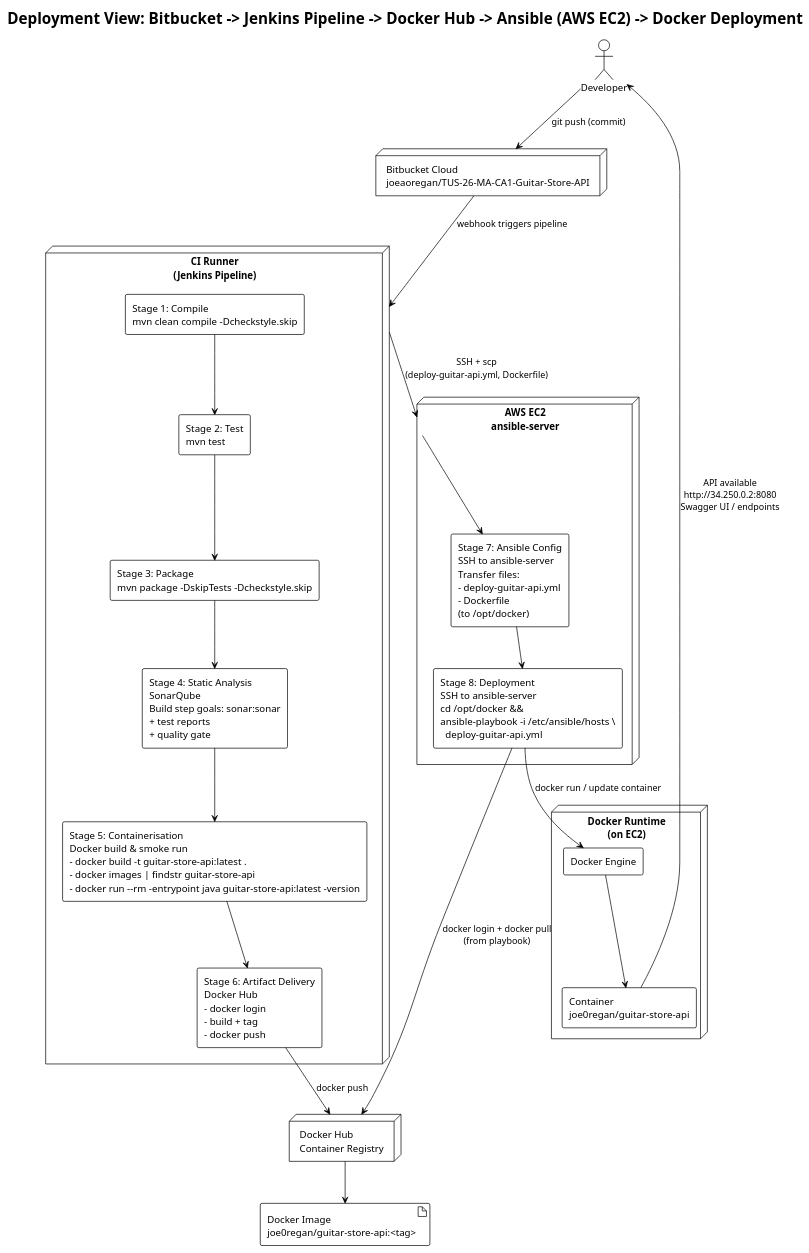
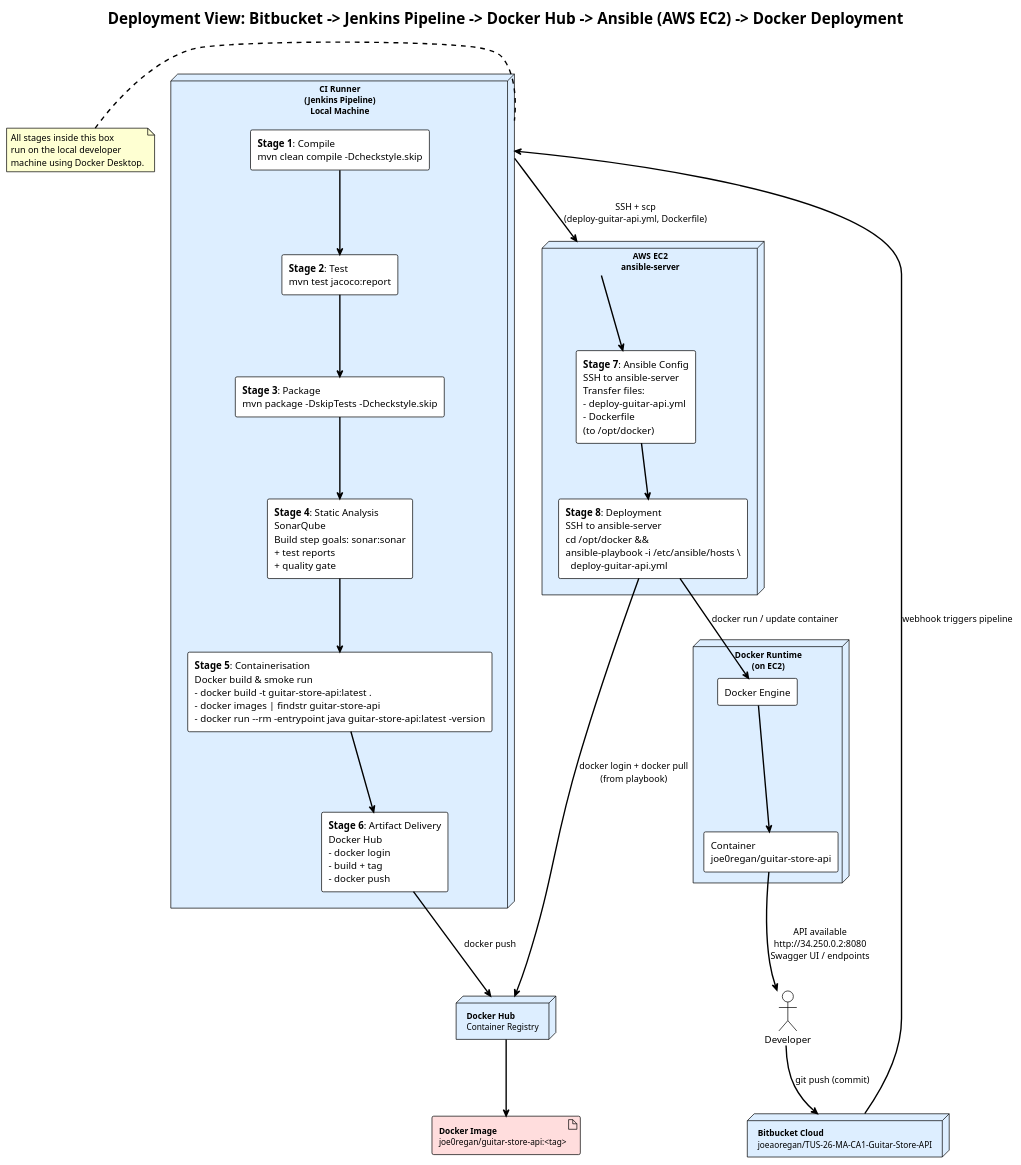
One commit to joeaoregan/TUS-26-MA-CA1-Guitar-Store-API changed the diagram in docs/pipeline.puml. Above: the diagram before and after it, drawn with PlantUML. The commit also changed 1 other file, not shown here.

Commit message:
Diagram: update plantUML pipeline diagram

```diff
--- a/docs/pipeline.puml
+++ b/docs/pipeline.puml
@@ -1,55 +1,74 @@
 @startuml name "Guitar Store API - CI/CD Pipeline"
 !theme plain
 skinparam componentStyle rectangle
+
+skinparam ArrowThickness 2
+skinparam RectangleBorderThickness 2
+skinparam nodesep 60
+skinparam ranksep 80
+skinparam NoteBackgroundColor #FEFFD2
+skinparam node {
+  BackgroundColor #DDEEFF
+  BorderColor #000000
+  FontSize 12
+}
+skinparam artifact {
+  BackgroundColor #FFDDDD
+  BorderColor #000000
+  FontSize 12
+}
+
 title Deployment View: Bitbucket -> Jenkins Pipeline -> Docker Hub -> Ansible (AWS EC2) -> Docker Deployment
 
 actor Developer as dev
-node "Bitbucket Cloud\njoeaoregan/TUS-26-MA-CA1-Guitar-Store-API" as bitbucket
+node "**Bitbucket Cloud**\njoeaoregan/TUS-26-MA-CA1-Guitar-Store-API" as bitbucket
 
-node "CI Runner\n(Jenkins Pipeline)" as jenkins {
-  component "Stage 1: Compile\nmvn clean compile -Dcheckstyle.skip" as s1_compile
-  component "Stage 2: Test\nmvn test" as s2_test
-  component "Stage 3: Package\nmvn package -DskipTests -Dcheckstyle.skip" as s3_package
-  component "Stage 4: Static Analysis\nSonarQube\nBuild step goals: sonar:sonar\n+ test reports\n+ quality gate" as s4_sonar
-  component "Stage 5: Containerisation\nDocker build & smoke run\n- docker build -t guitar-store-api:latest .\n- docker images | findstr guitar-store-api\n- docker run --rm -entrypoint java guitar-store-api:latest -version" as s5_container
-  component "Stage 6: Artifact Delivery\nDocker Hub\n- docker login\n- build + tag\n- docker push" as s6_delivery
+node "CI Runner\n(Jenkins Pipeline)\nLocal Machine" as jenkins {
+  component "**Stage 1**: Compile\nmvn clean compile -Dcheckstyle.skip" as s1_compile
+  component "**Stage 2**: Test\nmvn test jacoco:report" as s2_test
+  component "**Stage 3**: Package\nmvn package -DskipTests -Dcheckstyle.skip" as s3_package
+  component "**Stage 4**: Static Analysis\nSonarQube\nBuild step goals: sonar:sonar\n+ test reports\n+ quality gate" as s4_sonar
+  component "**Stage 5**: Containerisation\nDocker build & smoke run\n- docker build -t guitar-store-api:latest .\n- docker images | findstr guitar-store-api\n- docker run --rm -entrypoint java guitar-store-api:latest -version" as s5_container
+  component "**Stage 6**: Artifact Delivery\nDocker Hub\n- docker login\n- build + tag\n- docker push" as s6_delivery
 }
 
-node "Docker Hub\nContainer Registry" as dockerhub
-artifact "Docker Image\njoe0regan/guitar-store-api:<tag>" as image
+note left of jenkins : All stages inside this box\nrun on the local developer\nmachine using Docker Desktop.
+
+node "**Docker Hub**\nContainer Registry" as dockerhub
+artifact "**Docker Image**\njoe0regan/guitar-store-api:<tag>" as image
 
 node "AWS EC2\nansible-server" as ec2_ansible {
-  component "Stage 7: Ansible Config\nSSH to ansible-server\nTransfer files:\n- deploy-guitar-api.yml\n- Dockerfile\n(to /opt/docker)" as s7_ansible_config
-  component "Stage 8: Deployment\nSSH to ansible-server\ncd /opt/docker &&\nansible-playbook -i /etc/ansible/hosts \\\n  deploy-guitar-api.yml" as s8_deploy
+  component "**Stage 7**: Ansible Config\nSSH to ansible-server\nTransfer files:\n- deploy-guitar-api.yml\n- Dockerfile\n(to /opt/docker)" as s7_ansible_config
+  component "**Stage 8**: Deployment\nSSH to ansible-server\ncd /opt/docker &&\nansible-playbook -i /etc/ansible/hosts \\\n  deploy-guitar-api.yml" as s8_deploy
 }
   node "Docker Runtime\n(on EC2)" as ec2_docker {
     component "Docker Engine" as docker_engine
     component "Container\njoe0regan/guitar-store-api" as running_container
 }
 
 
 ' --- Trigger / CI flow ---
 dev --> bitbucket : git push (commit)
 bitbucket --> jenkins : webhook triggers pipeline
 
 s1_compile --> s2_test
 s2_test --> s3_package
 s3_package --> s4_sonar
 s4_sonar --> s5_container
 s5_container --> s6_delivery
 
 ' --- Registry flow ---
 s6_delivery --> dockerhub : docker push
 dockerhub --> image
 
 ' --- Remote config + deploy flow ---
 jenkins --> ec2_ansible : SSH + scp\n(deploy-guitar-api.yml, Dockerfile)
 ec2_ansible --> s7_ansible_config
 s7_ansible_config --> s8_deploy
 
 s8_deploy --> dockerhub : docker login + docker pull\n(from playbook)
 s8_deploy --> docker_engine : docker run / update container
 docker_engine --> running_container
 
 running_container --> dev : API available\nhttp://34.250.0.2:8080\nSwagger UI / endpoints
 @enduml
```
